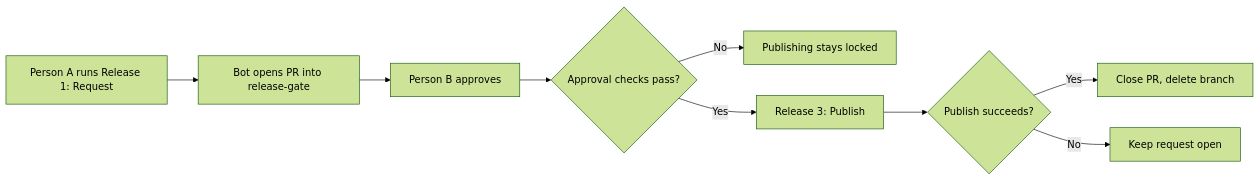
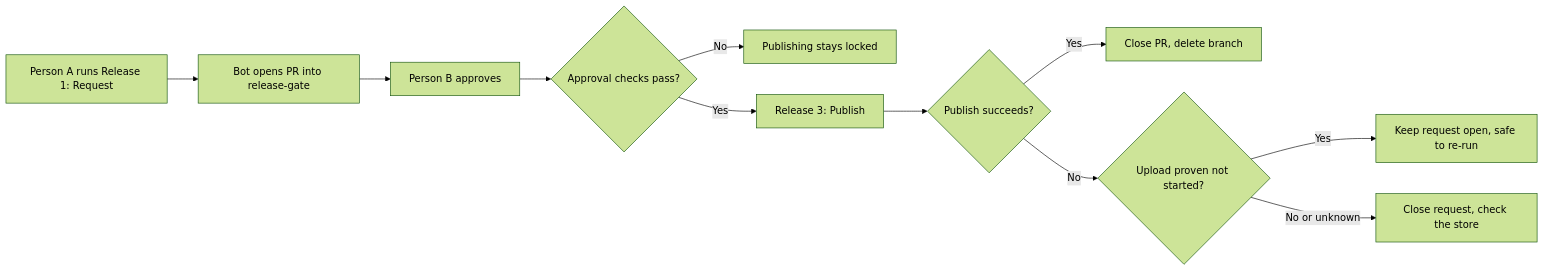
One commit to CynthiaWahome/release-gate changed the diagram in README.md. Above: the diagram before and after it, drawn with Mermaid (forest theme). The commit also changed other lines of this file and 1 other file, not shown here.

````diff
--- a/README.md
+++ b/README.md
@@ -58,11 +61,13 @@
 ```mermaid
 flowchart LR
     A[Person A runs Release 1: Request] --> B[Bot opens PR into release-gate]
     B --> C[Person B approves]
     C --> D{Approval checks pass?}
     D -->|No| E[Publishing stays locked]
     D -->|Yes| F[Release 3: Publish]
     F --> G{Publish succeeds?}
     G -->|Yes| H[Close PR, delete branch]
-    G -->|No| I[Keep request open]
+    G -->|No| I{Upload proven not started?}
+    I -->|Yes| J[Keep request open, safe to re-run]
+    I -->|No or unknown| K[Close request, check the store]
 ```
````
